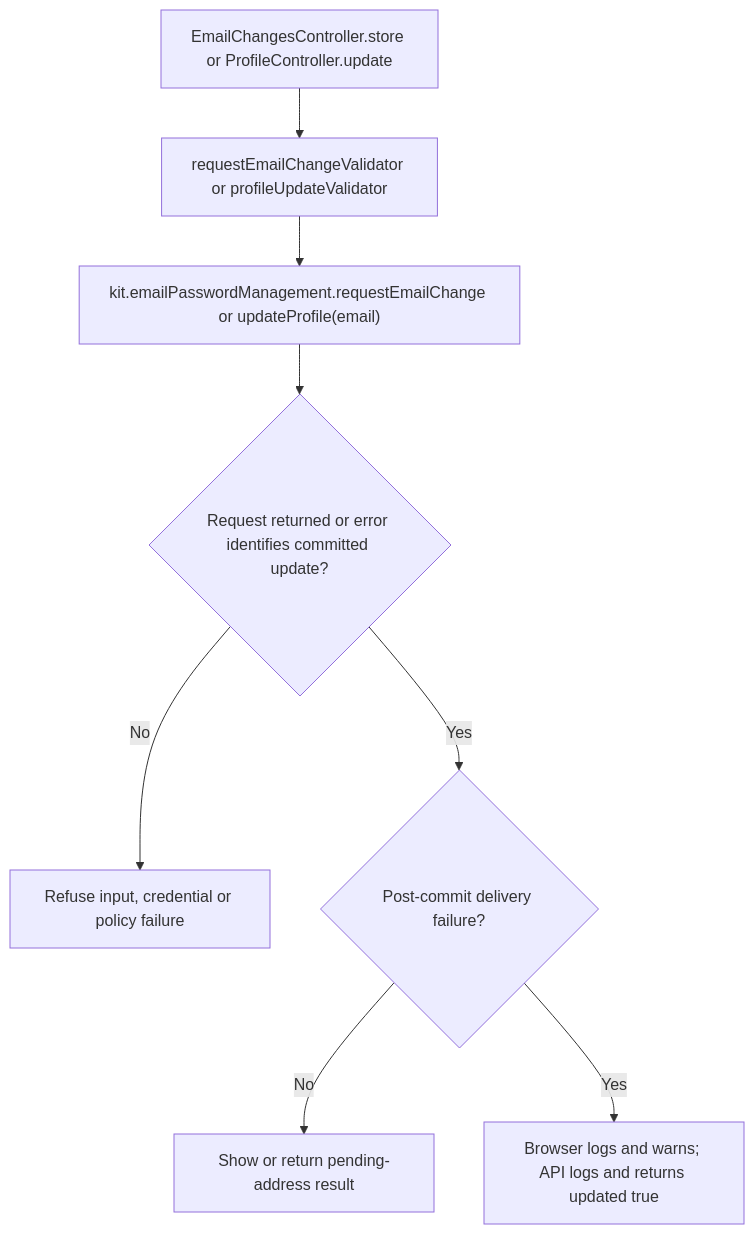
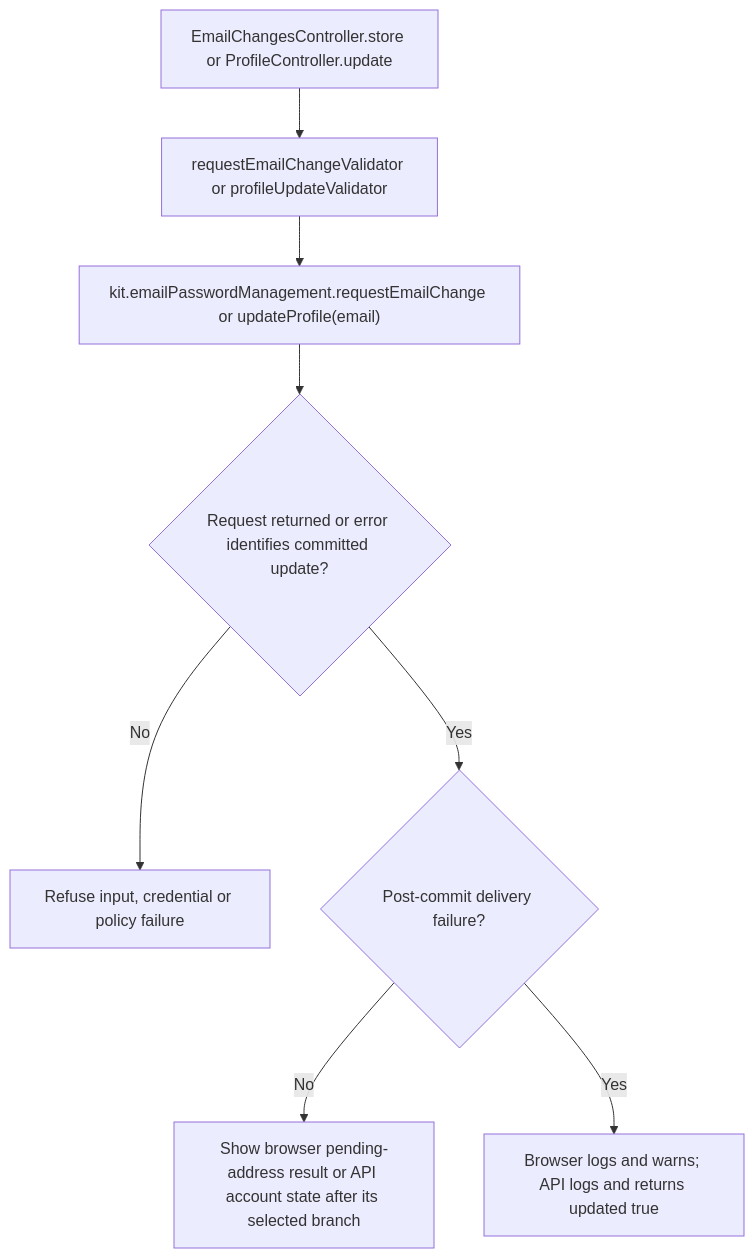
Before and after one commit to Kevinjohn/oss-adonisjs-starter-examples: the second of 2 diagrams in user-stories/accounts/us-account-05-request-email-change.md, drawn with Mermaid. The commit also changed other lines of this file, not shown here.

Commit message:
docs: qualify browser and API email request outcomes

````diff
--- a/user-stories/accounts/us-account-05-request-email-change.md
+++ b/user-stories/accounts/us-account-05-request-email-change.md
@@ -46,10 +49,10 @@
 ```mermaid
 flowchart TD
     A["EmailChangesController.store or ProfileController.update"] --> B["requestEmailChangeValidator or profileUpdateValidator"]
     B --> C["kit.emailPasswordManagement.requestEmailChange or updateProfile(email)"]
     C --> D{"Request returned or error identifies committed update?"}
     D -->|No| E["Refuse input, credential or policy failure"]
     D -->|Yes| F{"Post-commit delivery failure?"}
-    F -->|No| G["Show or return pending-address result"]
+    F -->|No| G["Show browser pending-address result or API account state after its selected branch"]
     F -->|Yes| H["Browser logs and warns; API logs and returns updated true"]
 ```
````
